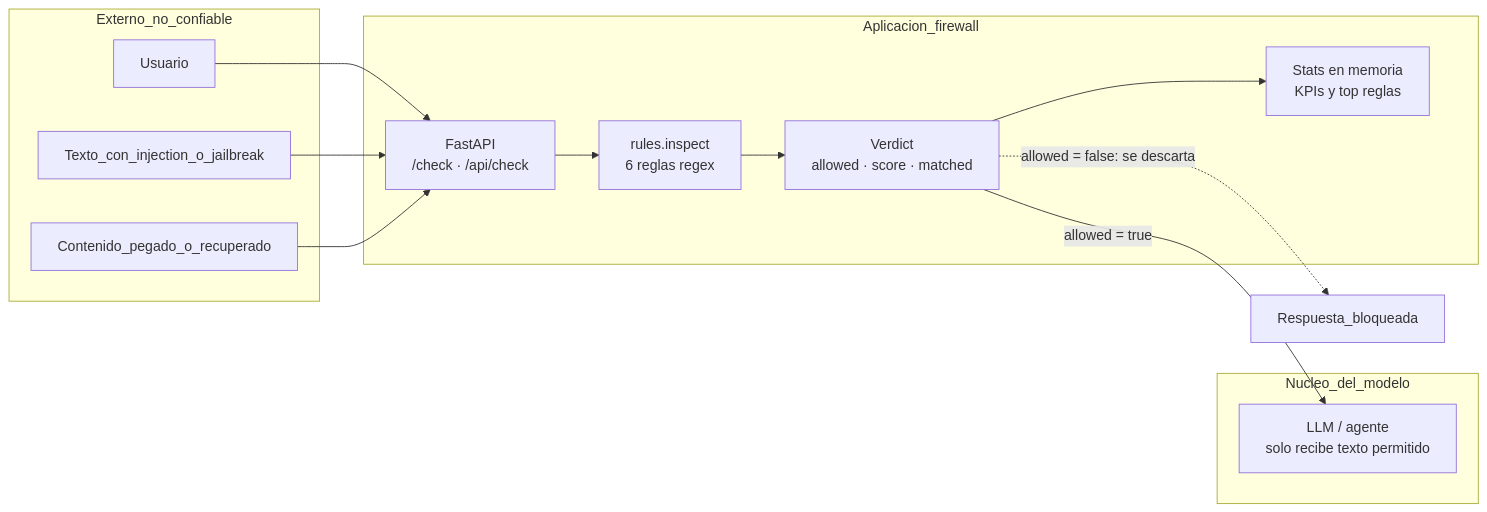
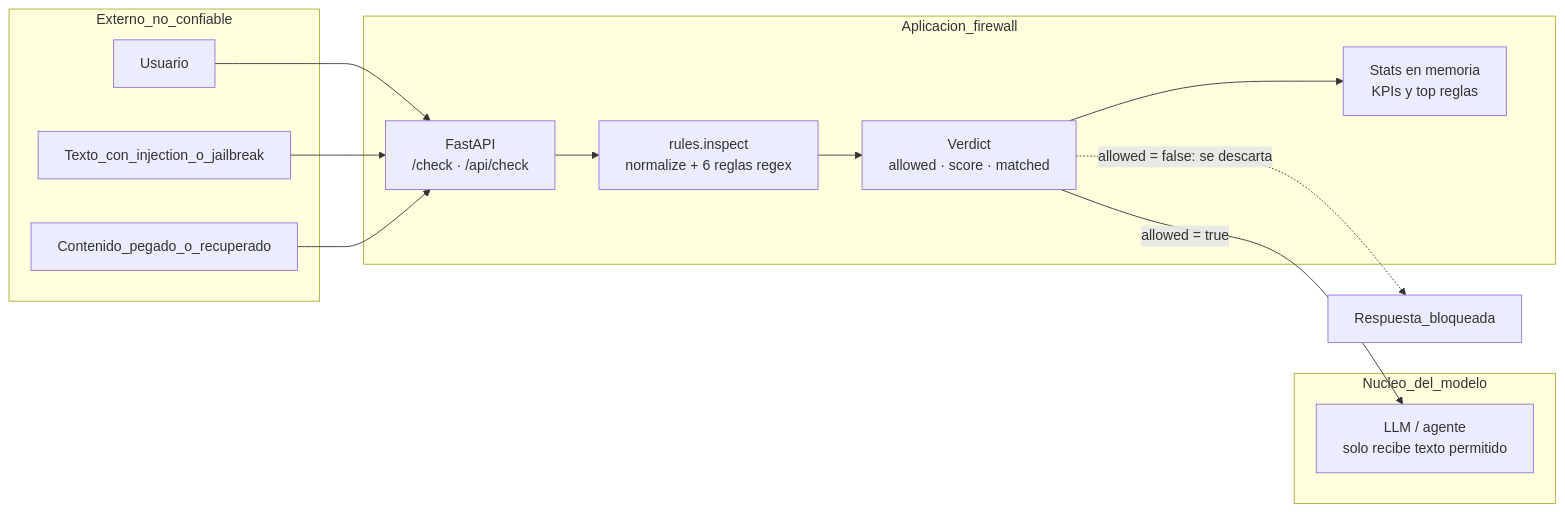
One commit to Angelzaki/prompt-firewall changed the diagram in docs/architecture.md. Above: the diagram before and after it, drawn with Mermaid. The commit also changed other lines of this file and 11 other files, not shown here.

````diff
--- a/docs/architecture.md
+++ b/docs/architecture.md
@@ -7,28 +7,28 @@
 ```mermaid
 flowchart LR
   subgraph ext [Externo_no_confiable]
     U[Usuario]
     INJ[Texto_con_injection_o_jailbreak]
     DOC[Contenido_pegado_o_recuperado]
   end
 
   subgraph app [Aplicacion_firewall]
     API["FastAPI<br/>/check · /api/check"]
-    RULES["rules.inspect<br/>6 reglas regex"]
+    RULES["rules.inspect<br/>normalize + 6 reglas regex"]
     VER["Verdict<br/>allowed · score · matched"]
     STATS["Stats en memoria<br/>KPIs y top reglas"]
   end
 
   subgraph core [Nucleo_del_modelo]
     LLM["LLM / agente<br/>solo recibe texto permitido"]
   end
 
   U --> API
   INJ --> API
   DOC --> API
   API --> RULES
   RULES --> VER
   VER --> STATS
   VER -->|"allowed = true"| LLM
   VER -.->|"allowed = false: se descarta"| BLOCK[Respuesta_bloqueada]
 ```
````
